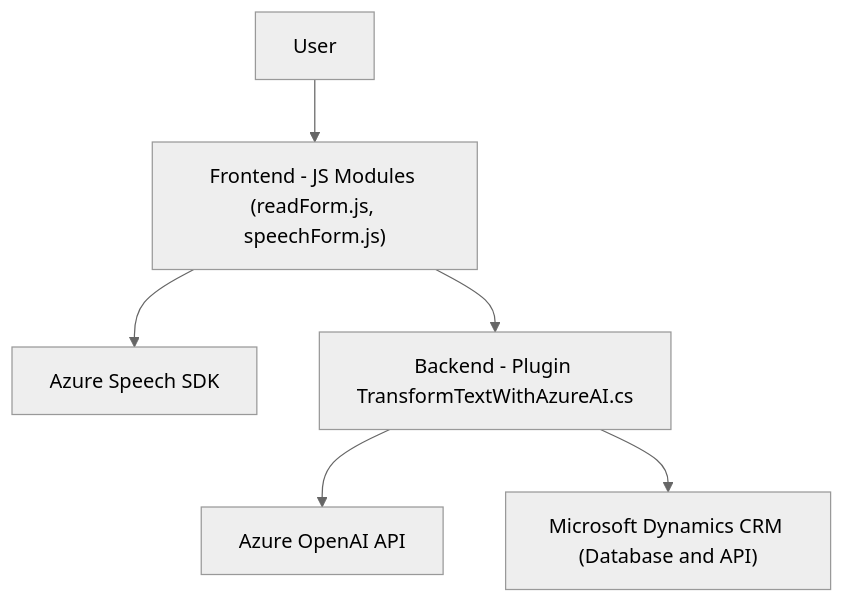
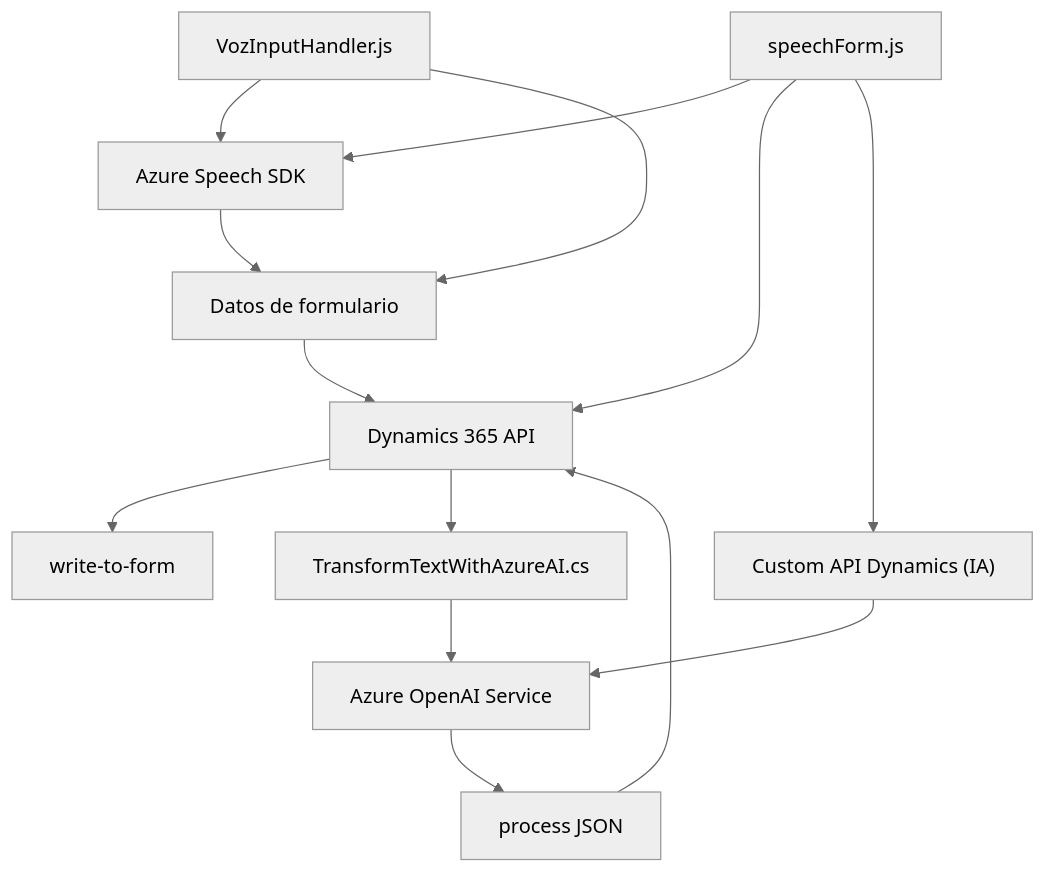
Before and after one commit to blopezdm/NETCORE_BILBAO2025: the diagram in README.md, drawn with Mermaid (neutral theme). The commit also changed other lines of this file, not shown here.

````diff
--- a/README.md
+++ b/README.md
@@ -35,15 +45,18 @@
 ```mermaid
 graph TD
-    A["User"]
-    B["Frontend - JS Modules (readForm.js, speechForm.js)"]
-    C["Azure Speech SDK"]
-    D["Backend - Plugin TransformTextWithAzureAI.cs"]
-    E["Azure OpenAI API"]
-    F["Microsoft Dynamics CRM (Database and API)"]
+    A["VozInputHandler.js"] --> B["Azure Speech SDK"]
+    A --> C["Datos de formulario"]
+    C --> D["Dynamics 365 API"]
+    D --> E["write-to-form"]
+    B --> C
 
-    A --> B 
-    B --> C
-    B --> D
-    D --> E
-    D --> F
+    F["speechForm.js"] --> B
+    F --> D
+    F --> G["Custom API Dynamics (IA)"]
+    G --> H["Azure OpenAI Service"]
+
+    D --> I["TransformTextWithAzureAI.cs"]
+    I --> H
+    H --> J["process JSON"]
+    J --> D
 ```
````
